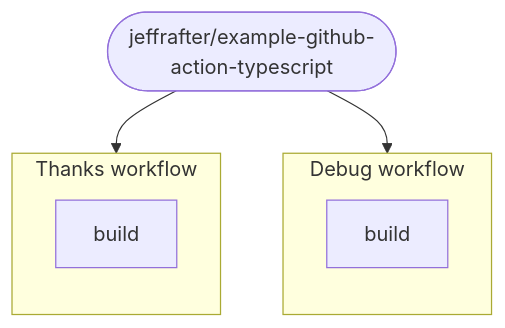
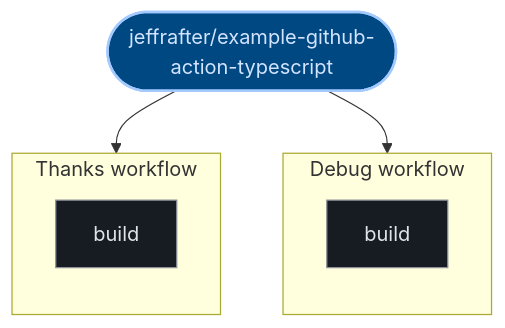
The third of 3 diagrams in exports/latest/reports/jeffrafter-example-github-action-typescript-report.md (kumarshaz/atruss-code-atlas), drawn with Mermaid before and after one commit. The commit also changed other lines of this file and 331 other files, not shown here.

Commit message:
docs,ui,fix: update SDLC docs, reorder CI/CD DAG first, stylize Mermaid, and fix Arc42 pipeline topology

````diff
--- a/exports/latest/reports/jeffrafter-example-github-action-typescript-report.md
+++ b/exports/latest/reports/jeffrafter-example-github-action-typescript-report.md
@@ -127,14 +138,21 @@
 ```mermaid
 graph TD;
-  pipeline_root(["jeffrafter/example-github-action-typescript"])
+  classDef atlasRoot fill:#004882,stroke:#a3c9ff,stroke-width:2px,color:#d3e4ff
+  classDef atlasCategory fill:#212428,stroke:#E87A48,stroke-width:1.5px,color:#dfe3eb
+  classDef atlasWorkflow fill:#1b2026,stroke:#a3c9ff,stroke-width:1.5px,color:#dfe3eb
+  classDef atlasJob fill:#171c22,stroke:#8d9199,stroke-width:1px,color:#dfe3eb
+  classDef atlasTarget fill:#005227,stroke:#8bd99b,stroke-width:1.5px,color:#a7f6b6
+  classDef atlasAlert fill:#93000a,stroke:#ffb4ab,stroke-width:1.5px,color:#ffdad6
+  classDef atlasMore fill:#252a31,stroke:#8d9199,stroke-dasharray:4 4,color:#c3c6cf
+  pipeline_root(["jeffrafter/example-github-action-typescript"]):::atlasRoot
   subgraph Debug_workflow_0["Debug workflow"]
     direction TB
-    0_build["build"]
+    0_build["build"]:::atlasJob
   end
   pipeline_root --> 0_build
   subgraph Thanks_workflow_1["Thanks workflow"]
     direction TB
-    1_build["build"]
+    1_build["build"]:::atlasJob
   end
   pipeline_root --> 1_build
 ```
````
